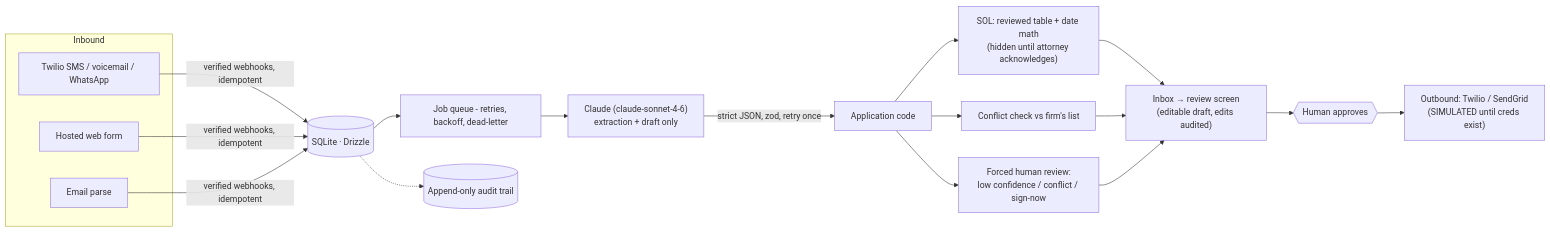
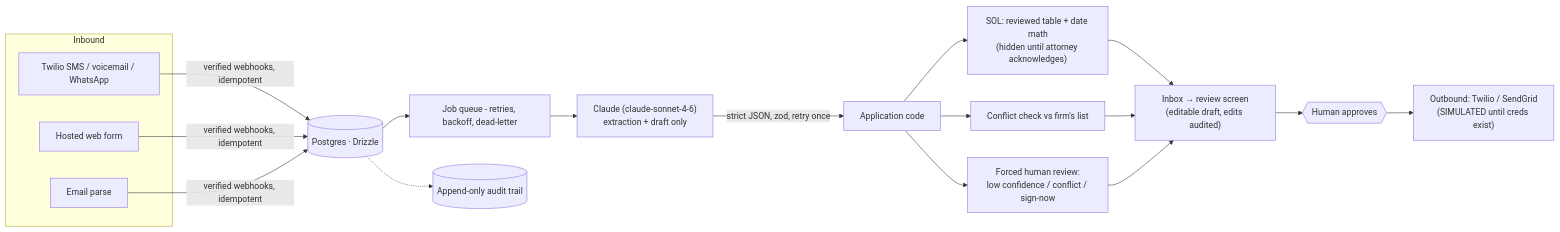
The diagram in README.md (IbrahimMalick/PersonalInjuryLawFirm), drawn with Mermaid before and after one commit. The commit also changed other lines of this file and 37 other files, not shown here.

````diff
--- a/README.md
+++ b/README.md
@@ -33,17 +37,17 @@
 ```mermaid
 flowchart LR
     subgraph Inbound
         TW[Twilio SMS / voicemail / WhatsApp] & WF[Hosted web form] & EM[Email parse]
     end
-    TW & WF & EM -->|verified webhooks, idempotent| DB[(SQLite · Drizzle)]
+    TW & WF & EM -->|verified webhooks, idempotent| DB[(Postgres · Drizzle)]
     DB --> Q[Job queue - retries, backoff, dead-letter]
     Q --> LLM["Claude (claude-sonnet-4-6)\nextraction + draft only"]
     LLM -->|strict JSON, zod, retry once| CODE[Application code]
     CODE --> SOL["SOL: reviewed table + date math\n(hidden until attorney acknowledges)"]
     CODE --> CONF["Conflict check vs firm's list"]
     CODE --> REV["Forced human review:\nlow confidence / conflict / sign-now"]
     SOL & CONF & REV --> UI["Inbox → review screen\n(editable draft, edits audited)"]
     UI --> HUMAN{{"Human approves"}}
     HUMAN --> OUT["Outbound: Twilio / SendGrid\n(SIMULATED until creds exist)"]
     DB -.-> AUDIT[(Append-only audit trail)]
 ```
````
